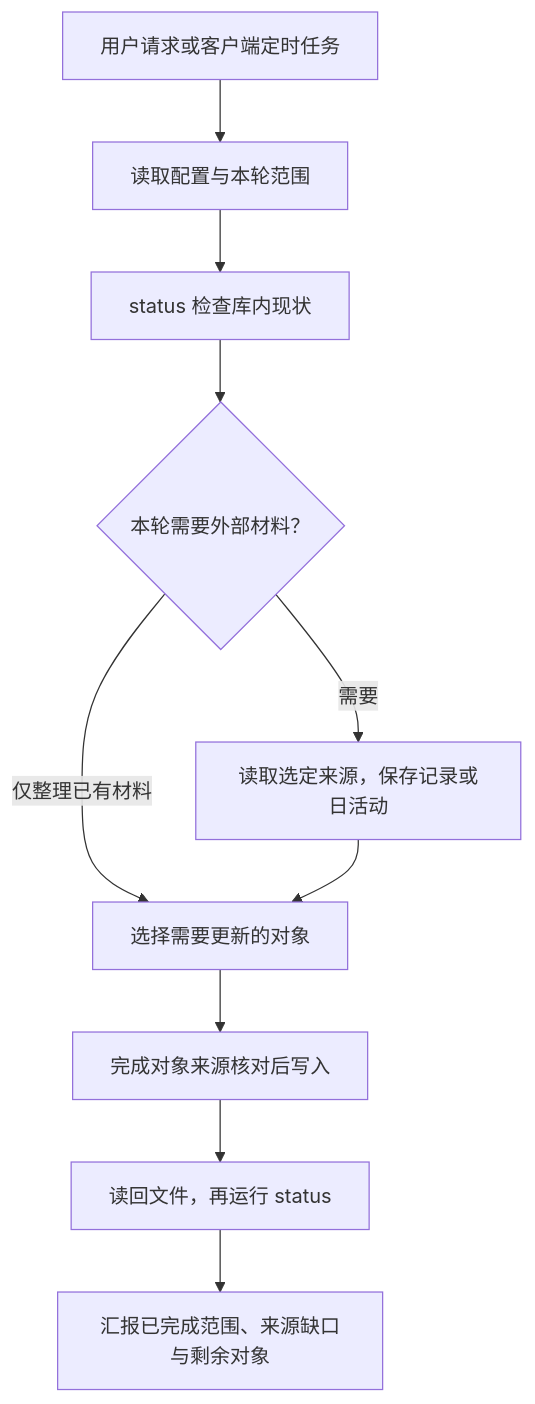
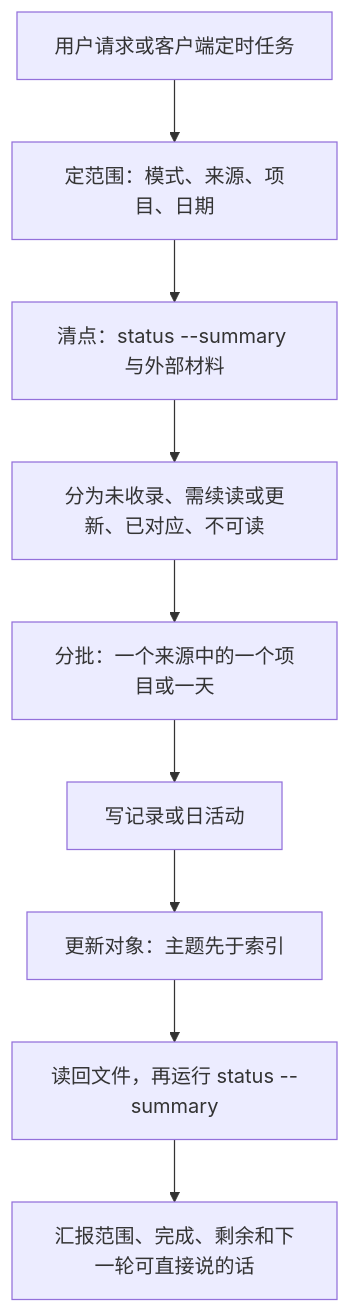
Before and after one commit to BlueSkyXN/XMemory: the diagram in plugins/xmemory/docs/usage.md, drawn with Mermaid. The commit also changed other lines of this file and 32 other files, not shown here.

````diff
--- a/plugins/xmemory/docs/usage.md
+++ b/plugins/xmemory/docs/usage.md
@@ -22,12 +24,11 @@
 ```mermaid
 flowchart TD
-    U["用户请求或客户端定时任务"] --> C["读取配置与本轮范围"]
-    C --> S["status 检查库内现状"]
-    S --> E{"本轮需要外部材料？"}
-    E -- "需要" --> R["读取选定来源，保存记录或日活动"]
-    E -- "仅整理已有材料" --> O["选择需要更新的对象"]
-    R --> O
-    O --> W["完成对象来源核对后写入"]
-    W --> V["读回文件，再运行 status"]
-    V --> F["汇报已完成范围、来源缺口与剩余对象"]
+    U["用户请求或客户端定时任务"] --> P["定范围：模式、来源、项目、日期"]
+    P --> I["清点：status --summary 与外部材料"]
+    I --> K["分为未收录、需续读或更新、已对应、不可读"]
+    K --> B["分批：一个来源中的一个项目或一天"]
+    B --> R["写记录或日活动"]
+    R --> O["更新对象：主题先于索引"]
+    O --> V["读回文件，再运行 status --summary"]
+    V --> F["汇报范围、完成、剩余和下一轮可直接说的话"]
 ```
````
